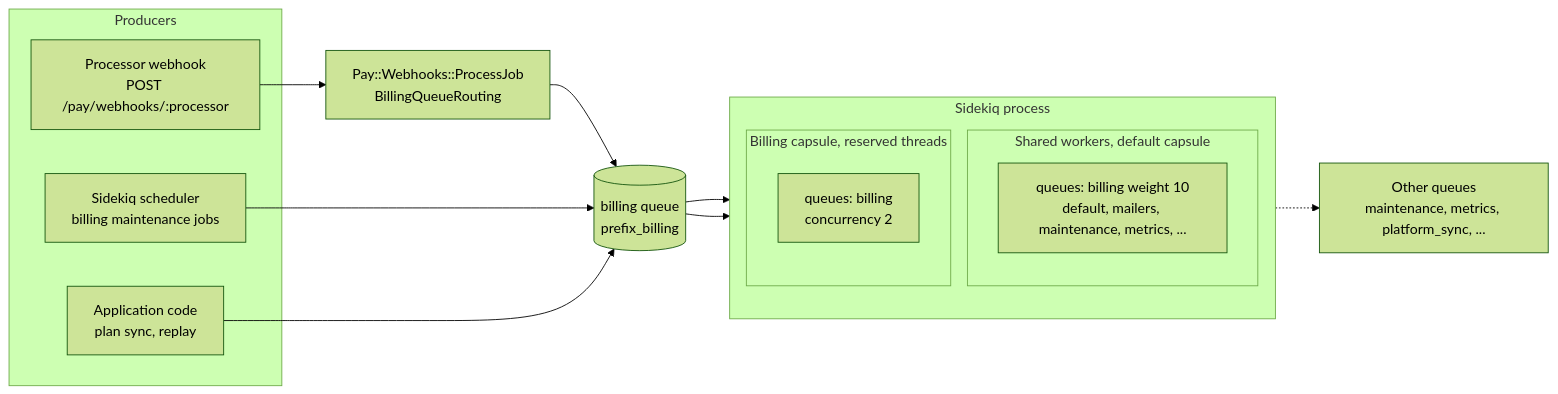
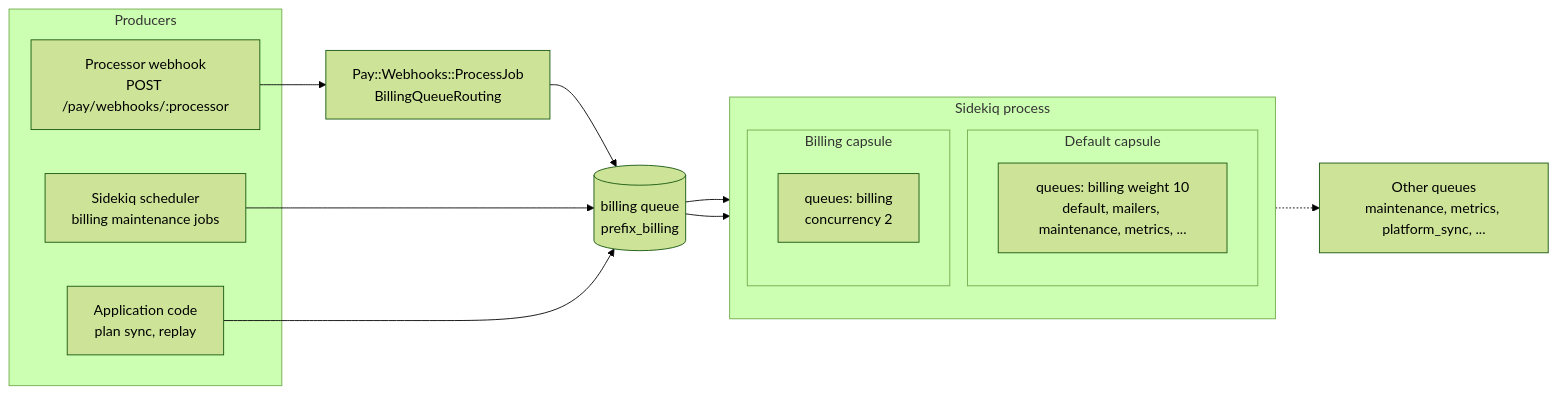
Before and after one commit to better-together-org/community-engine-rails: the diagram in docs/diagrams/source/billing_queue_topology.mmd, drawn with Mermaid (forest theme).

Commit message:
docs(billing): shorten queue topology subgraph titles so they render unclipped

```diff
--- a/docs/diagrams/source/billing_queue_topology.mmd
+++ b/docs/diagrams/source/billing_queue_topology.mmd
@@ -1,32 +1,32 @@
 %% Billing queue topology. Every billing job (and Pay's own jobs) runs on one queue, "billing".
 %% Sidekiq reads [queue, N] as a fetch WEIGHT: the queue is added to the poll list N times, so a
 %% higher N is polled first more often. The billing queue is the heaviest, and a dedicated
 %% capsule gives it reserved threads, so payment work never waits behind other queues.
 %% ActiveJob's queue_name_prefix applies, so a prefixed host runs <prefix>_billing.
 flowchart LR
   subgraph producers["Producers"]
     W[Processor webhook<br/>POST /pay/webhooks/:processor]
     S[Sidekiq scheduler<br/>billing maintenance jobs]
     A[Application code<br/>plan sync, replay]
   end
 
   W --> PJ[Pay::Webhooks::ProcessJob<br/>BillingQueueRouting]
   PJ --> Q
   S --> Q
   A --> Q
 
   Q[(billing queue<br/>prefix_billing)]
 
   subgraph sidekiq["Sidekiq process"]
     direction TB
-    subgraph shared["Shared workers, default capsule"]
+    subgraph shared["Default capsule"]
       SW[queues: billing weight 10<br/>default, mailers, maintenance, metrics, ...]
     end
-    subgraph reserved["Billing capsule, reserved threads"]
+    subgraph reserved["Billing capsule"]
       BW[queues: billing<br/>concurrency 2]
     end
   end
 
   Q --> SW
   Q --> BW
   SW -.-> O[Other queues<br/>maintenance, metrics, platform_sync, ...]
```
